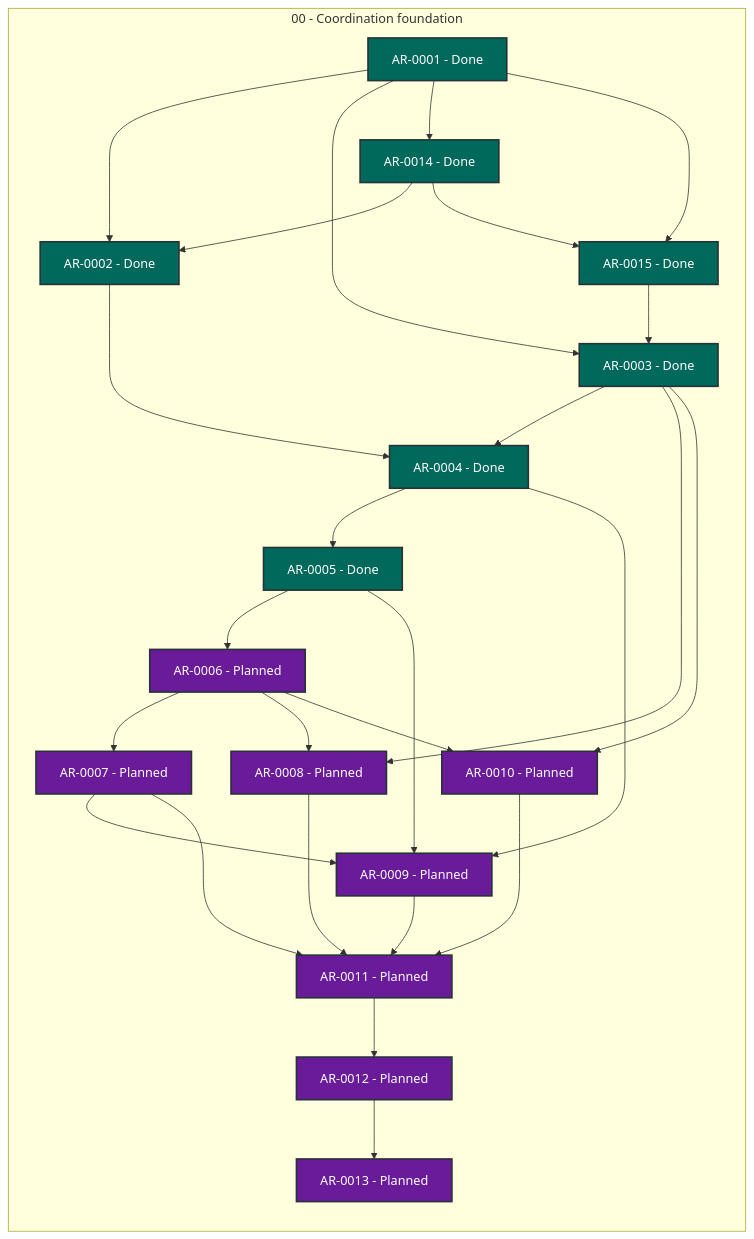
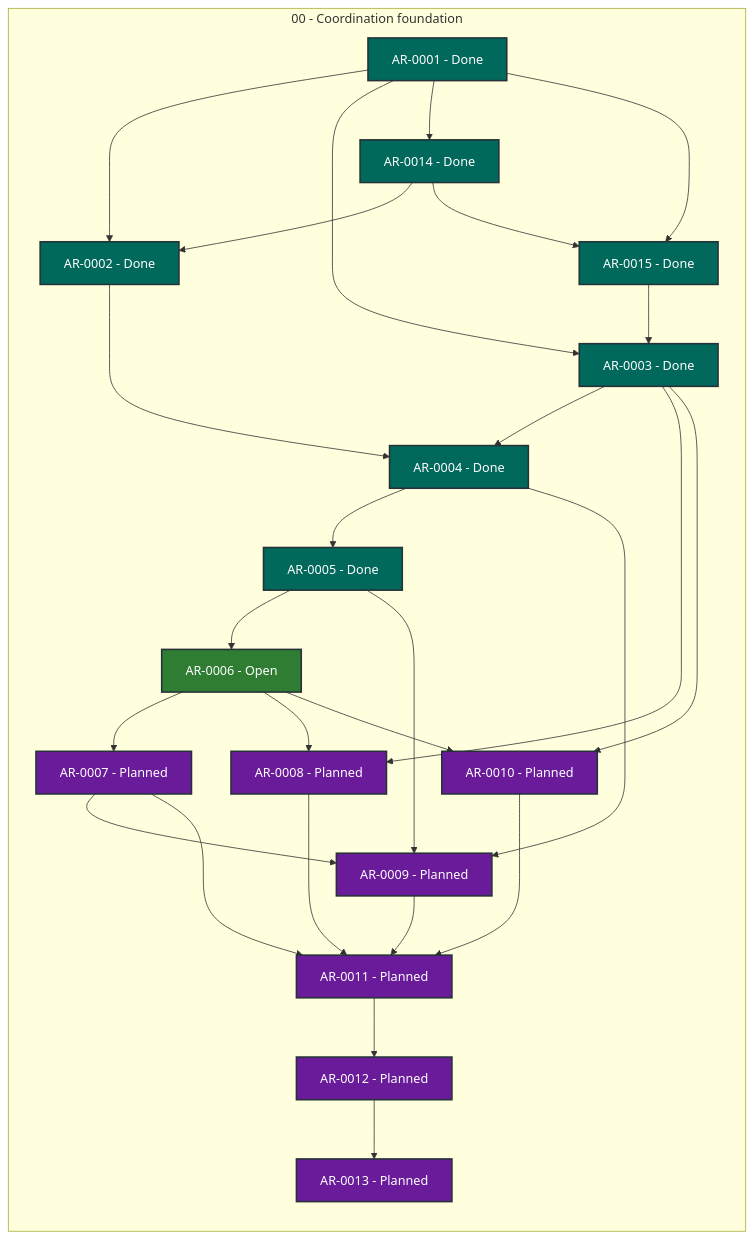
One commit to martin-beck/agent-workflow-tui-state changed the diagram in STATUS.md. Above: the diagram before and after it, drawn with Mermaid. The commit also changed other lines of this file and 2 other files, not shown here.

````diff
--- a/STATUS.md
+++ b/STATUS.md
@@ -27,54 +27,54 @@
 ```mermaid
 flowchart LR
     subgraph series_00["00 - Coordination foundation"]
         direction TB
         AR_0001["AR-0001 - Done"]:::status_done
         AR_0002["AR-0002 - Done"]:::status_done
         AR_0003["AR-0003 - Done"]:::status_done
         AR_0004["AR-0004 - Done"]:::status_done
         AR_0005["AR-0005 - Done"]:::status_done
-        AR_0006["AR-0006 - Planned"]:::status_planned
+        AR_0006["AR-0006 - Open"]:::status_open
         AR_0007["AR-0007 - Planned"]:::status_planned
         AR_0008["AR-0008 - Planned"]:::status_planned
         AR_0009["AR-0009 - Planned"]:::status_planned
         AR_0010["AR-0010 - Planned"]:::status_planned
         AR_0011["AR-0011 - Planned"]:::status_planned
         AR_0012["AR-0012 - Planned"]:::status_planned
         AR_0013["AR-0013 - Planned"]:::status_planned
         AR_0014["AR-0014 - Done"]:::status_done
         AR_0015["AR-0015 - Done"]:::status_done
     end
     AR_0001 --> AR_0002
     AR_0001 --> AR_0003
     AR_0001 --> AR_0014
     AR_0001 --> AR_0015
     AR_0002 --> AR_0004
     AR_0003 --> AR_0004
     AR_0003 --> AR_0008
     AR_0003 --> AR_0010
     AR_0004 --> AR_0005
     AR_0004 --> AR_0009
     AR_0005 --> AR_0006
     AR_0005 --> AR_0009
     AR_0006 --> AR_0007
     AR_0006 --> AR_0008
     AR_0006 --> AR_0010
     AR_0007 --> AR_0009
     AR_0007 --> AR_0011
     AR_0008 --> AR_0011
     AR_0009 --> AR_0011
     AR_0010 --> AR_0011
     AR_0011 --> AR_0012
     AR_0012 --> AR_0013
     AR_0014 --> AR_0002
     AR_0014 --> AR_0015
     AR_0015 --> AR_0003
     classDef status_in_progress fill:#1565c0,color:#ffffff,stroke:#263238,stroke-width:2px
     classDef status_open fill:#2e7d32,color:#ffffff,stroke:#263238,stroke-width:2px
     classDef status_blocked fill:#c62828,color:#ffffff,stroke:#263238,stroke-width:2px
     classDef status_planned fill:#6a1b9a,color:#ffffff,stroke:#263238,stroke-width:2px
     classDef status_future fill:#455a64,color:#ffffff,stroke:#263238,stroke-width:2px
     classDef status_done fill:#00695c,color:#ffffff,stroke:#263238,stroke-width:2px
     classDef status_cancelled fill:#616161,color:#ffffff,stroke:#263238,stroke-width:2px
     classDef status_superseded fill:#5d4037,color:#ffffff,stroke:#263238,stroke-width:2px
 ```
````
